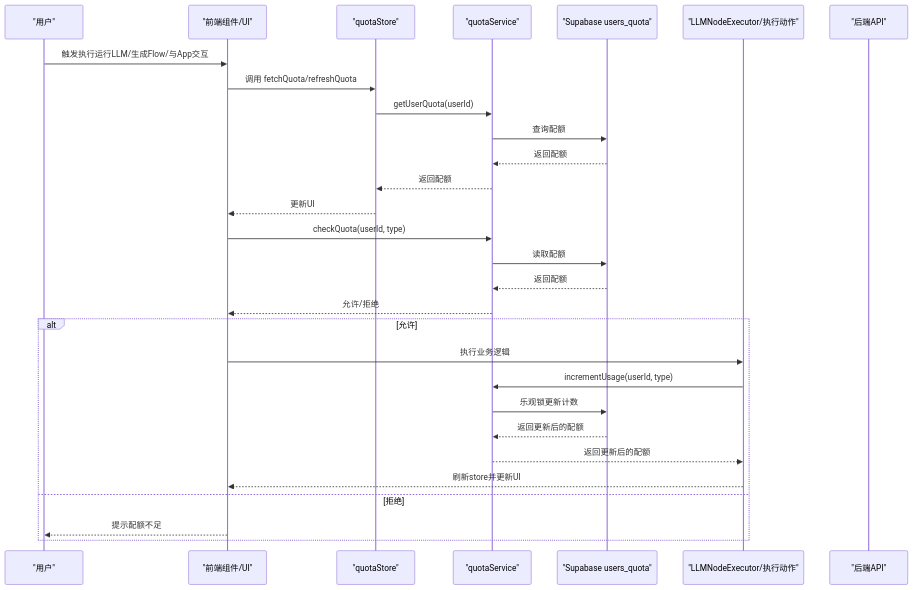
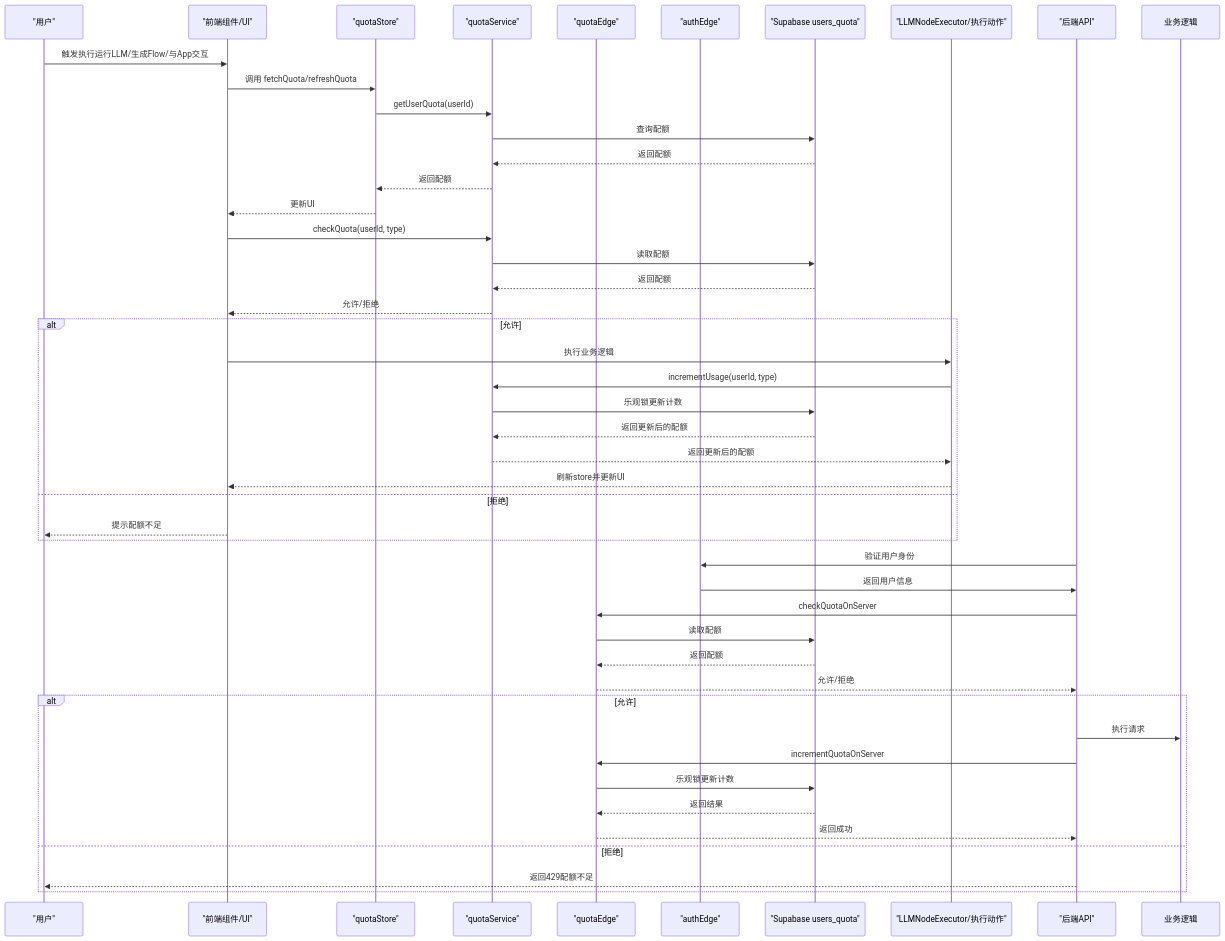
The second of 7 diagrams in .qoder/repowiki/zh/content/服务层与外部集成/配额管理.md (JasperLin2333/Flash-Flow), drawn with Mermaid before and after one commit. The commit also changed other lines of this file and 12 other files, not shown here.

````diff
--- a/.qoder/repowiki/zh/content/服务层与外部集成/配额管理.md
+++ b/.qoder/repowiki/zh/content/服务层与外部集成/配额管理.md
@@ -124,31 +147,48 @@
 ```mermaid
 sequenceDiagram
 participant U as "用户"
 participant UI as "前端组件/UI"
 participant ST as "quotaStore"
 participant SVC as "quotaService"
+participant EDGE_Q as "quotaEdge"
+participant EDGE_A as "authEdge"
 participant DB as "Supabase users_quota"
 participant EX as "LLMNodeExecutor/执行动作"
 participant API as "后端API"
 U->>UI : 触发执行运行LLM/生成Flow/与App交互
 UI->>ST : 调用 fetchQuota/refreshQuota
 ST->>SVC : getUserQuota(userId)
 SVC->>DB : 查询配额
 DB-->>SVC : 返回配额
 SVC-->>ST : 返回配额
 ST-->>UI : 更新UI
 UI->>SVC : checkQuota(userId, type)
 SVC->>DB : 读取配额
 DB-->>SVC : 返回配额
 SVC-->>UI : 允许/拒绝
 alt 允许
 UI->>EX : 执行业务逻辑
 EX->>SVC : incrementUsage(userId, type)
 SVC->>DB : 乐观锁更新计数
 DB-->>SVC : 返回更新后的配额
 SVC-->>EX : 返回更新后的配额
 EX-->>UI : 刷新store并更新UI
 else 拒绝
 UI-->>U : 提示配额不足
 end
+API->>EDGE_A : 验证用户身份
+EDGE_A->>API : 返回用户信息
+API->>EDGE_Q : checkQuotaOnServer
+EDGE_Q->>DB : 读取配额
+DB-->>EDGE_Q : 返回配额
+EDGE_Q-->>API : 允许/拒绝
+alt 允许
+API->>业务逻辑 : 执行请求
+API->>EDGE_Q : incrementQuotaOnServer
+EDGE_Q->>DB : 乐观锁更新计数
+DB-->>EDGE_Q : 返回结果
+EDGE_Q-->>API : 返回成功
+else 拒绝
+API-->>U : 返回429配额不足
+end
 ```
````
